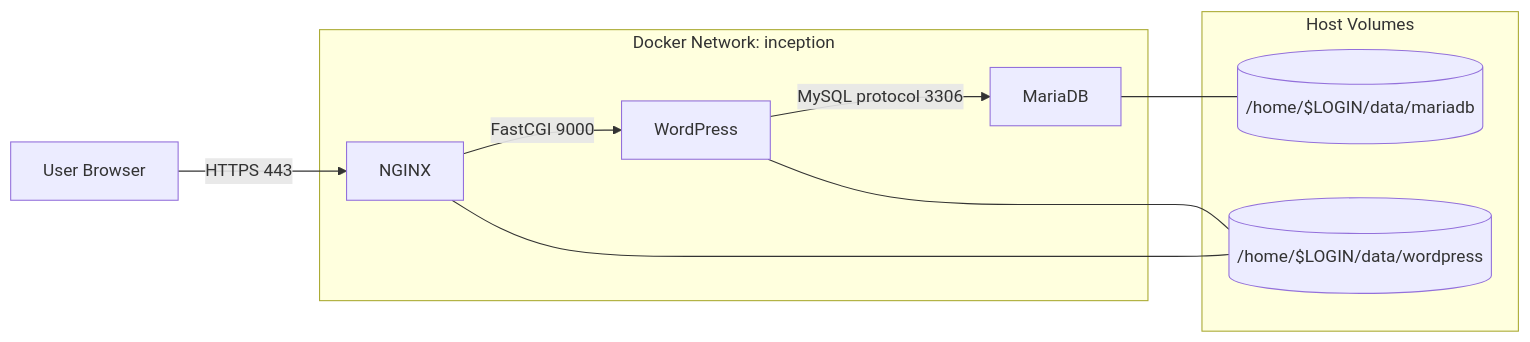
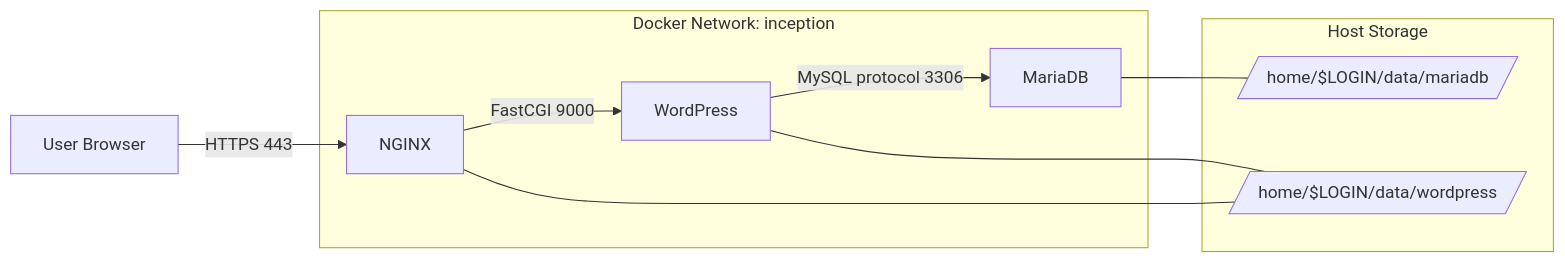
The diagram in README.md (VivienSoulas/inception), drawn with Mermaid before and after one commit. The commit also changed other lines of this file and 4 other files, not shown here.

````diff
--- a/README.md
+++ b/README.md
@@ -18,21 +18,21 @@
 ```mermaid
 flowchart LR
     U[User Browser] -->|HTTPS 443| N[NGINX]
     N -->|FastCGI 9000| W[WordPress]
     W -->|MySQL protocol 3306| D[MariaDB]
 
     subgraph Docker Network: inception
         N
         W
         D
     end
 
-    subgraph Host Volumes
-        VM[(/home/$LOGIN/data/mariadb)]
-        VW[(/home/$LOGIN/data/wordpress)]
+    subgraph Host Storage
+        VM[/home/$LOGIN/data/mariadb/]
+        VW[/home/$LOGIN/data/wordpress/]
     end
 
     D --- VM
     W --- VW
     N --- VW
 ```
````
